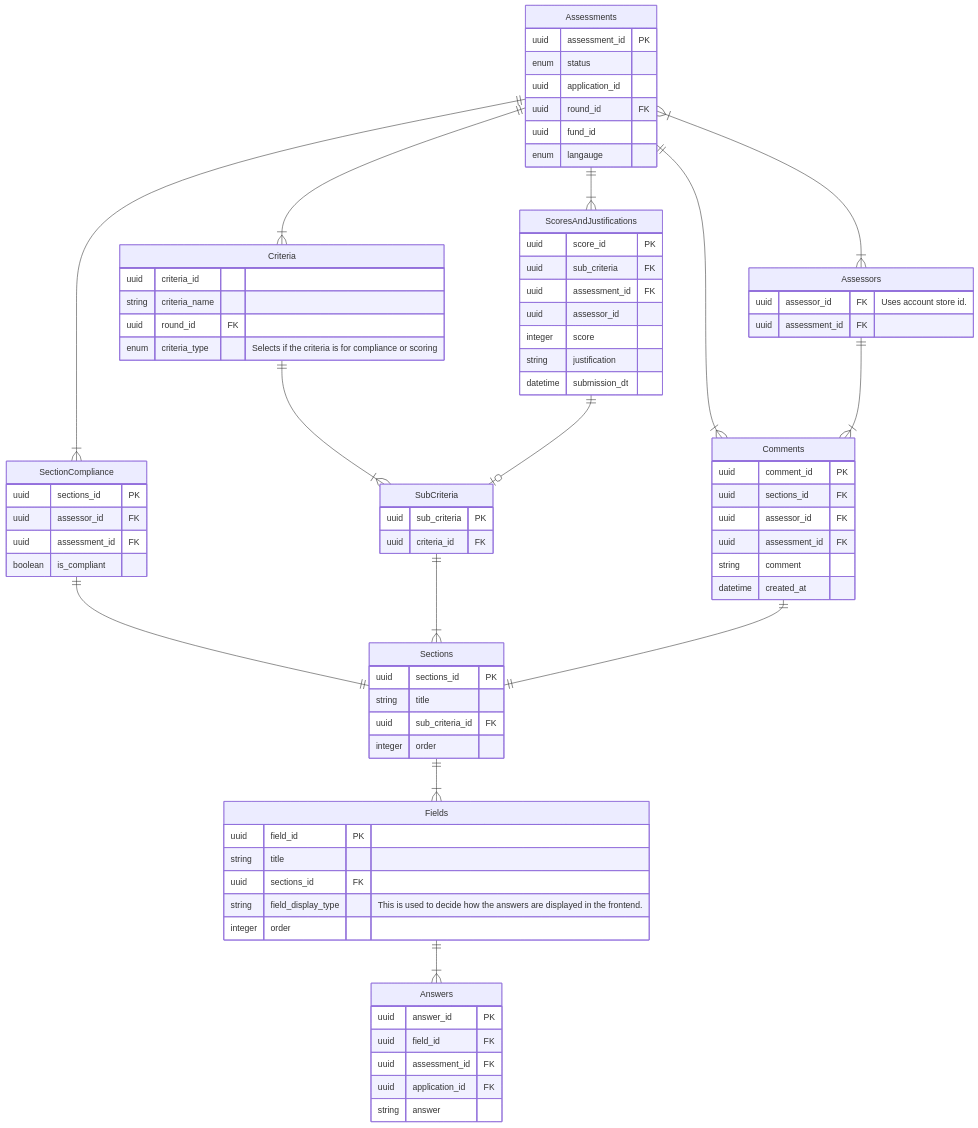
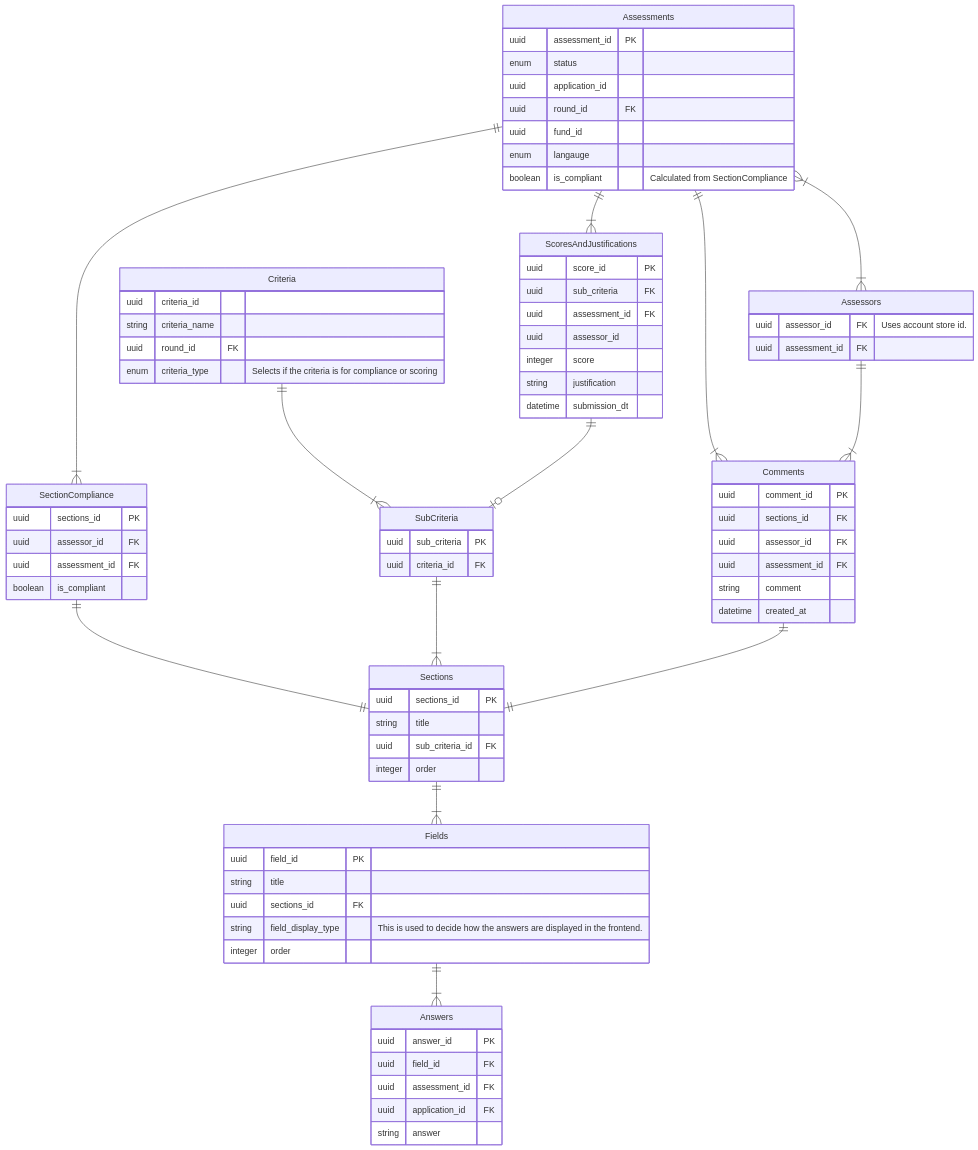
The diagram in diagrams/db_diagram.md (communitiesuk/funding-service-design-assessment-store), drawn with Mermaid before and after one commit.

````diff
--- a/diagrams/db_diagram.md
+++ b/diagrams/db_diagram.md
@@ -1,82 +1,82 @@
 ```mermaid
 erDiagram
 	SubCriteria {
 		uuid sub_criteria PK
 		uuid criteria_id FK
 	}
 	Criteria {
 		uuid criteria_id
 		string criteria_name
 		uuid round_id FK
 		enum criteria_type  "Selects if the criteria is for compliance or scoring"
 	}
 	Assessors {
 		uuid assessor_id FK "Uses account store id."
 		uuid assessment_id FK
 	}
 	Assessments {
 		uuid assessment_id PK
 		enum status
 		uuid application_id
 		uuid round_id FK
 		uuid fund_id
 		enum langauge 
+		boolean is_compliant  "Calculated from SectionCompliance"
 	}
 	Sections {
 		uuid sections_id PK
 		string title
 		uuid sub_criteria_id FK		
 		integer order
 	}
 	Fields {
 		uuid field_id PK
 		string title
 		uuid sections_id FK
 		string field_display_type "This is used to decide how the answers are displayed in the frontend."
 		integer order
 	}
 	Answers {
 		uuid answer_id PK
 		uuid field_id FK
 		uuid assessment_id FK
 		uuid application_id FK
 		string answer
 	}
 	ScoresAndJustifications {
 		uuid score_id PK
 		uuid sub_criteria FK
 		uuid assessment_id FK
 		uuid assessor_id
 		integer score
 		string justification
 		datetime submission_dt
 	}
 	SectionCompliance {
 		uuid sections_id PK
 		uuid assessor_id FK
 		uuid assessment_id FK
 		boolean is_compliant
 	}
 	Comments {
 		uuid comment_id PK
 		uuid sections_id FK
 		uuid assessor_id FK
 		uuid assessment_id FK
 		string comment
 		datetime created_at
 	}
 
 	Criteria ||--|{ SubCriteria : ""
 	SectionCompliance ||--|| Sections : ""
 	SubCriteria ||--|{ Sections : ""
 	Sections ||--|{ Fields : ""
 	Fields ||--|{ Answers : ""
 	Assessments ||--|{ ScoresAndJustifications : ""
 	ScoresAndJustifications ||--o| SubCriteria : ""
 	Assessments }|--|{ Assessors : ""
-	Assessments ||--|{ Criteria : ""
 	Assessments ||--|{ Comments : ""
 	Assessments ||--|{ SectionCompliance : ""
 	Assessors ||--|{ Comments : ""
 	Comments ||--|| Sections : ""
 ```
````
